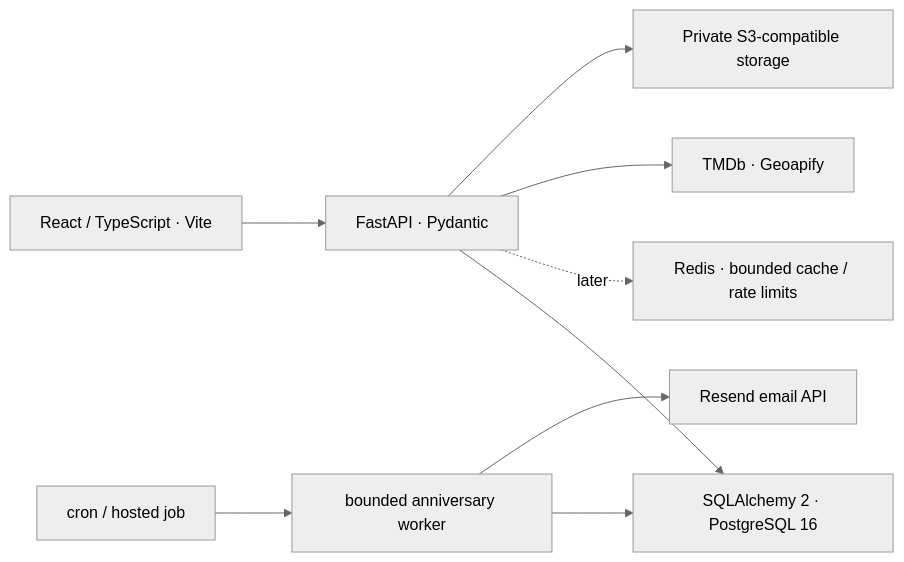
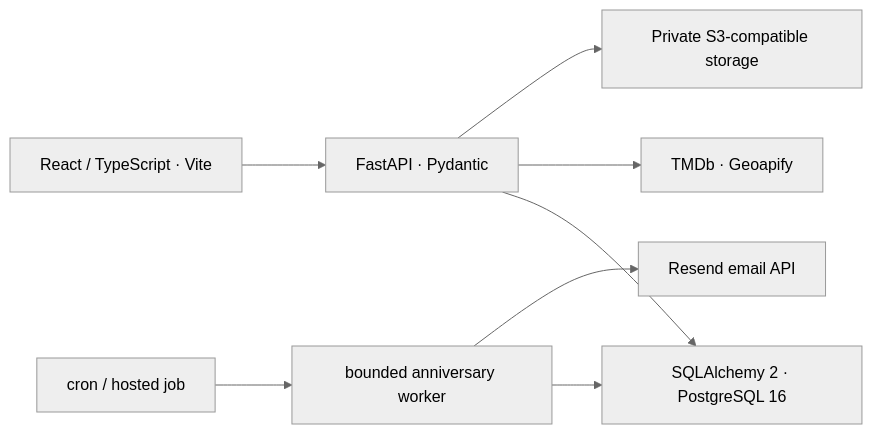
Before and after one commit to RajRaghupatruni/movie-journal: the diagram in docs/TARGET_ARCHITECTURE.md, drawn with Mermaid (neutral theme). The commit also changed other lines of this file and 41 other files, not shown here.

````diff
--- a/docs/TARGET_ARCHITECTURE.md
+++ b/docs/TARGET_ARCHITECTURE.md
@@ -5,11 +5,10 @@
 ```mermaid
 flowchart LR
   UI[React / TypeScript · Vite] --> API[FastAPI · Pydantic]
   API --> SQL[SQLAlchemy 2 · PostgreSQL 16]
-  API -. later .-> Cache[Redis · bounded cache / rate limits]
   API --> Providers[TMDb · Geoapify]
   API --> Media[Private S3-compatible storage]
   Scheduler[cron / hosted job] --> Worker[bounded anniversary worker]
   Worker --> SQL
   Worker --> Resend[Resend email API]
 ```
````
